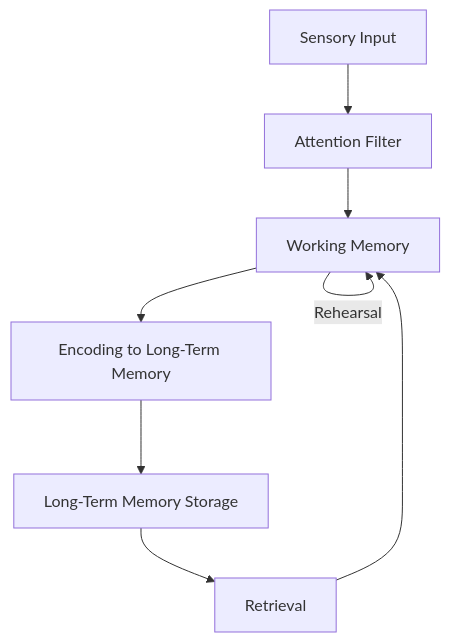
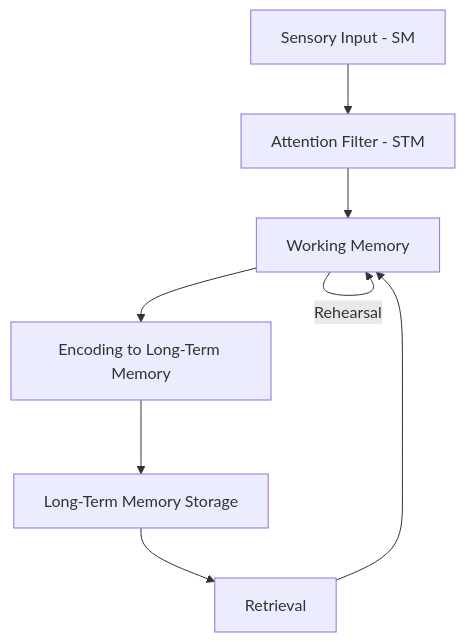
One commit to mohannedtgomaa/Architettura- changed the diagram in MemoryLifecycleFlow.mermaid. Above: the diagram before and after it, drawn with Mermaid.

```diff
--- a/MemoryLifecycleFlow.mermaid
+++ b/MemoryLifecycleFlow.mermaid
@@ -1,8 +1,8 @@
 graph TD
-A[Sensory Input] --> B[Attention Filter]
+A[Sensory Input - SM] --> B[Attention Filter - STM]
 B --> C[Working Memory]
 C -->|Rehearsal| C
 C --> D[Encoding to Long-Term Memory]
 D --> E[Long-Term Memory Storage]
 E --> F[Retrieval]
 F --> C
```
